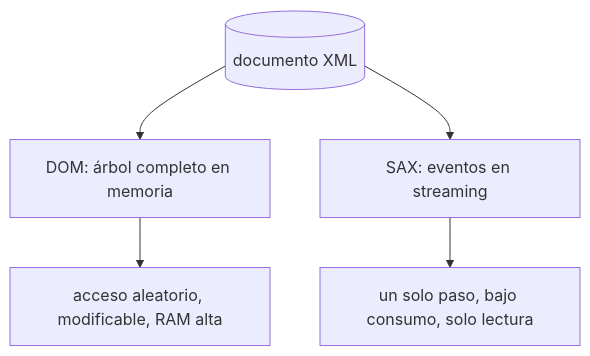
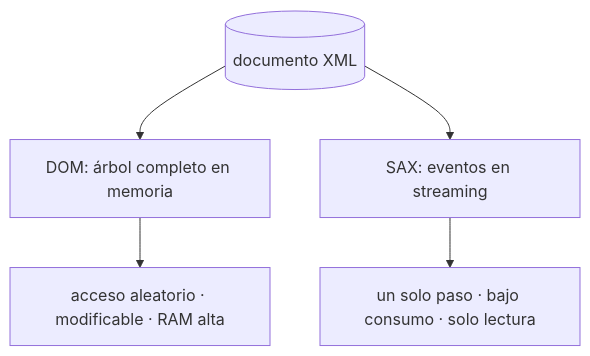
One commit to obiticadev/DAM-2025-26 changed the second of 5 diagrams in Programación/Aprendizaje autodidacta/11_APIRESTMasterclass/teoria/16_XML_y_Ficheros.md. Above: the diagram before and after it, drawn with Mermaid. The commit also changed other lines of this file and 69 other files, not shown here.

````diff
--- a/Programación/Aprendizaje autodidacta/11_APIRESTMasterclass/teoria/16_XML_y_Ficheros.md
+++ b/Programación/Aprendizaje autodidacta/11_APIRESTMasterclass/teoria/16_XML_y_Ficheros.md
@@ -31,8 +158,8 @@
 ```mermaid
 flowchart TD
     XML[(documento XML)]
     XML --> DOM[DOM: árbol completo en memoria]
     XML --> SAX[SAX: eventos en streaming]
-    DOM --> U1[acceso aleatorio, modificable, RAM alta]
-    SAX --> U2[un solo paso, bajo consumo, solo lectura]
+    DOM --> U1[acceso aleatorio · modificable · RAM alta]
+    SAX --> U2[un solo paso · bajo consumo · solo lectura]
 ```
````
